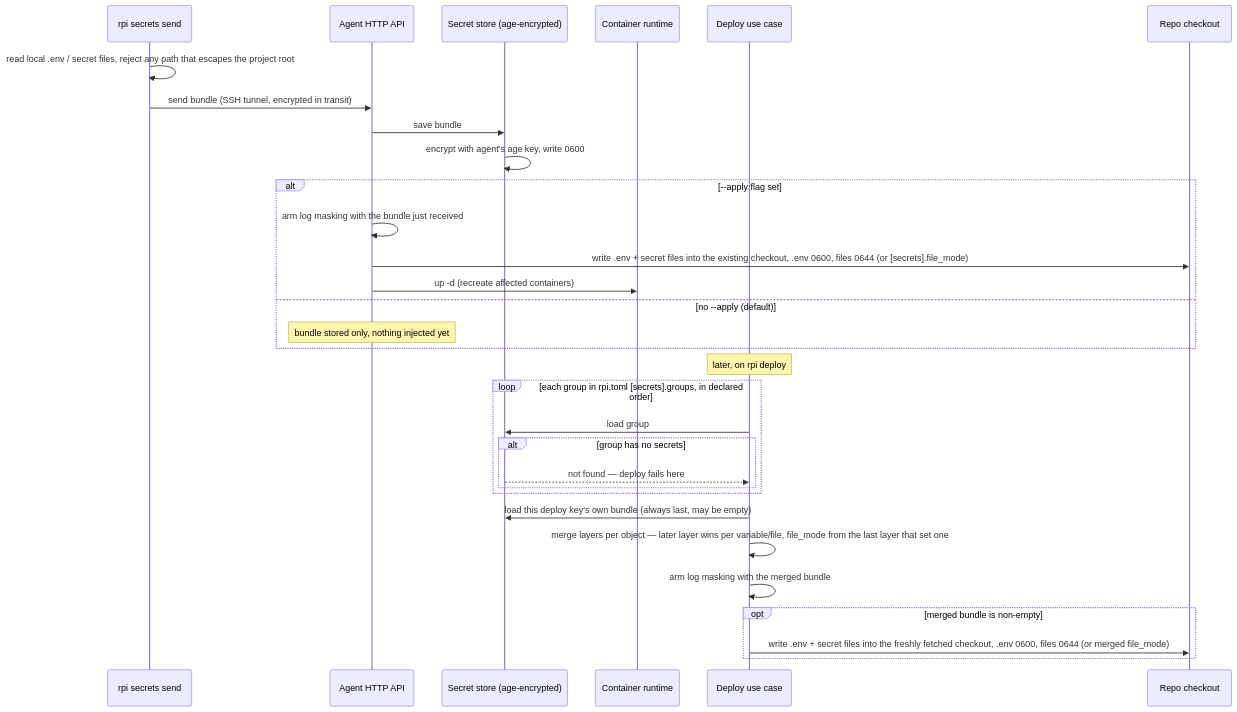
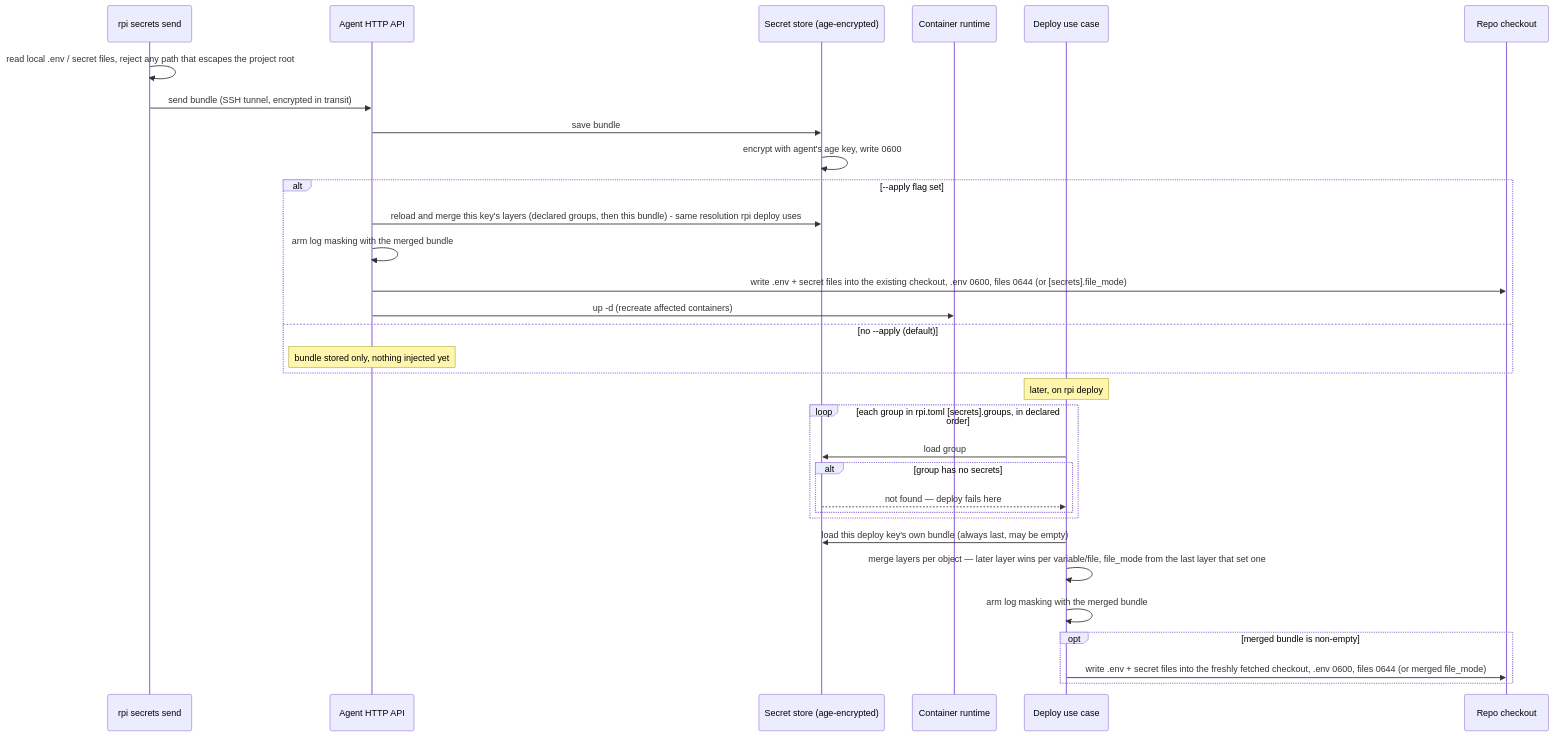
The diagram in docs/architecture/flows/secrets.md (khmilevoi/pi-deploy), drawn with Mermaid before and after one commit. The commit also changed other lines of this file and 6 other files, not shown here.

````diff
--- a/docs/architecture/flows/secrets.md
+++ b/docs/architecture/flows/secrets.md
@@ -10,35 +10,36 @@
 ```mermaid
 sequenceDiagram
     participant CLI as rpi secrets send
     participant API as Agent HTTP API
     participant Store as Secret store (age-encrypted)
     participant Runtime as Container runtime
     participant Dep as Deploy use case
     participant Co as Repo checkout
 
     CLI->>CLI: read local .env / secret files, reject any path that escapes the project root
     CLI->>API: send bundle (SSH tunnel, encrypted in transit)
     API->>Store: save bundle
     Store->>Store: encrypt with agent's age key, write 0600
     alt --apply flag set
-        API->>API: arm log masking with the bundle just received
+        API->>Store: reload and merge this key's layers (declared groups, then this bundle) - same resolution rpi deploy uses
+        API->>API: arm log masking with the merged bundle
         API->>Co: write .env + secret files into the existing checkout, .env 0600, files 0644 (or [secrets].file_mode)
         API->>Runtime: up -d (recreate affected containers)
     else no --apply (default)
         Note over API: bundle stored only, nothing injected yet
     end
 
     Note over Dep: later, on rpi deploy
     loop each group in rpi.toml [secrets].groups, in declared order
         Dep->>Store: load group
         alt group has no secrets
             Store-->>Dep: not found — deploy fails here
         end
     end
     Dep->>Store: load this deploy key's own bundle (always last, may be empty)
     Dep->>Dep: merge layers per object — later layer wins per variable/file, file_mode from the last layer that set one
     Dep->>Dep: arm log masking with the merged bundle
     opt merged bundle is non-empty
         Dep->>Co: write .env + secret files into the freshly fetched checkout, .env 0600, files 0644 (or merged file_mode)
     end
 ```
````
